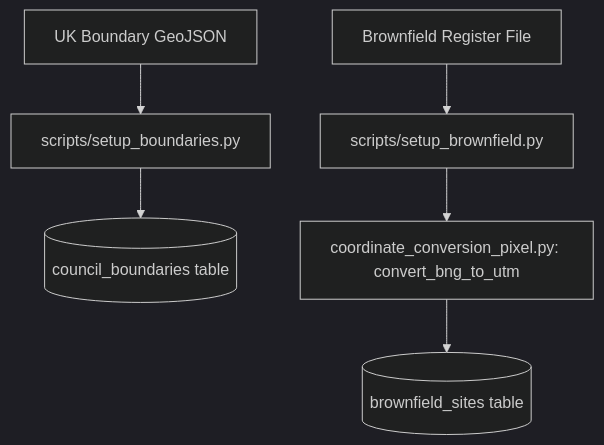
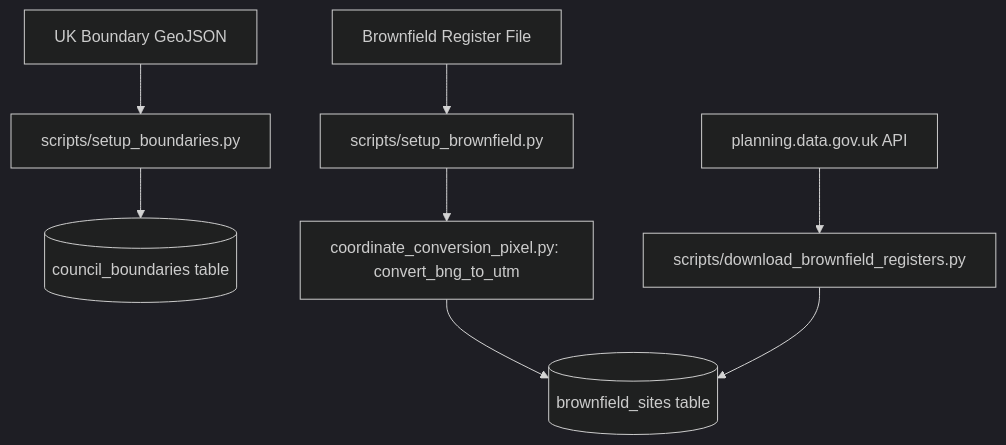
Before and after one commit to LukeWardle/sentinel2-brownfield-stoke: the second of 2 diagrams in DESIGN.md, drawn with Mermaid (dark theme). The commit also changed other lines of this file and 2 other files, not shown here.

````diff
--- a/DESIGN.md
+++ b/DESIGN.md
@@ -131,8 +49,10 @@
 ```mermaid
 graph TD
     A[UK Boundary GeoJSON] --> B[scripts/setup_boundaries.py]
     B --> C[(council_boundaries table)]
     D[Brownfield Register File] --> E[scripts/setup_brownfield.py]
     E --> F[coordinate_conversion_pixel.py: convert_bng_to_utm]
     F --> G[(brownfield_sites table)]
+    H[planning.data.gov.uk API] --> I[scripts/download_brownfield_registers.py]
+    I --> G
 ```
````
